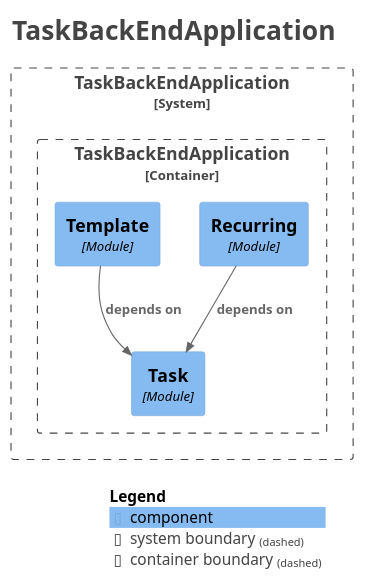
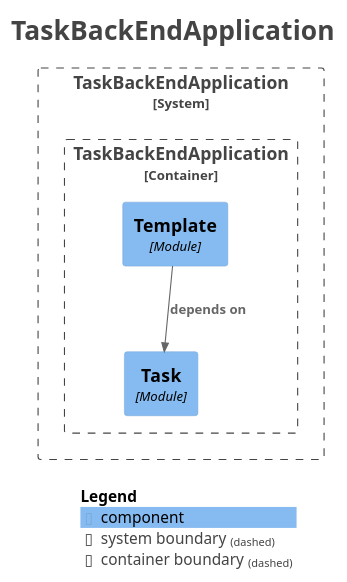
One commit to stainii/task changed the diagram in docs/modules/components.puml. Above: the diagram before and after it, drawn with PlantUML. The commit also changed 54 other files, not shown here.

```diff
--- a/docs/modules/components.puml
+++ b/docs/modules/components.puml
@@ -1,32 +1,30 @@
 @startuml
 title <size:24>TaskBackEndApplication</size>
 
 set separator none
 top to bottom direction
 
 <style>
   root {
     BackgroundColor: #ffffff
     FontColor: #444444
   }
 </style>
 
 !include <C4/C4>
 !include <C4/C4_Context>
 !include <C4/C4_Component>
 
 System_Boundary("TaskBackEndApplication_boundary", "TaskBackEndApplication", $tags="") {
   Container_Boundary("TaskBackEndApplication.TaskBackEndApplication_boundary", "TaskBackEndApplication", $tags="") {
     Component(TaskBackEndApplication.TaskBackEndApplication.Task, "Task", $techn="Module", $descr="", $tags="", $link="")
-    Component(TaskBackEndApplication.TaskBackEndApplication.Recurring, "Recurring", $techn="Module", $descr="", $tags="", $link="")
     Component(TaskBackEndApplication.TaskBackEndApplication.Template, "Template", $techn="Module", $descr="", $tags="", $link="")
   }
 
 }
 
-Rel(TaskBackEndApplication.TaskBackEndApplication.Recurring, TaskBackEndApplication.TaskBackEndApplication.Task, "depends on", $techn="", $tags="", $link="")
 Rel(TaskBackEndApplication.TaskBackEndApplication.Template, TaskBackEndApplication.TaskBackEndApplication.Task, "depends on", $techn="", $tags="", $link="")
 
 SHOW_LEGEND(true)
 hide stereotypes
 @enduml
```
